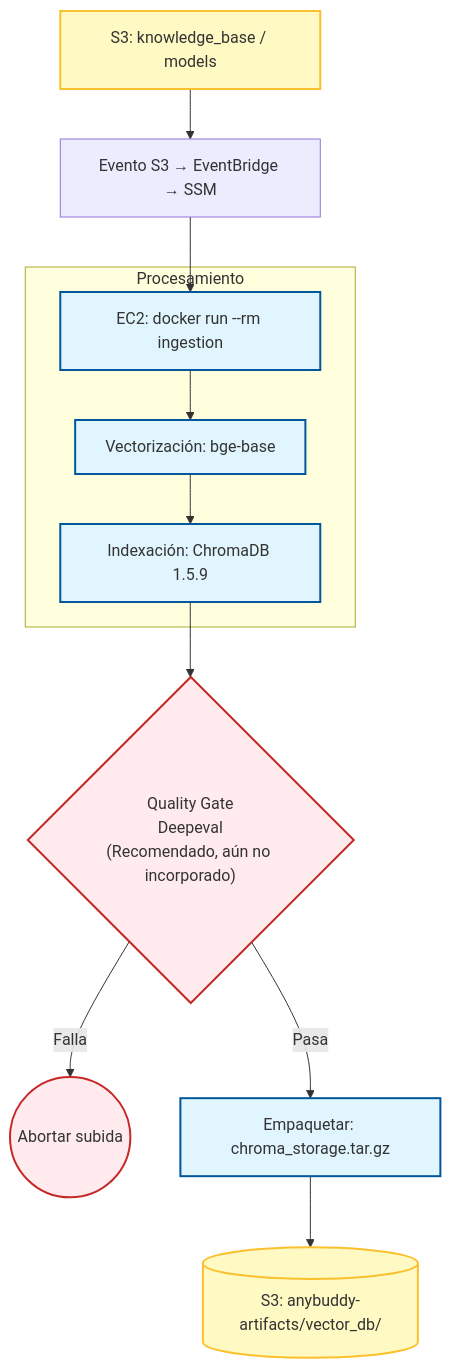
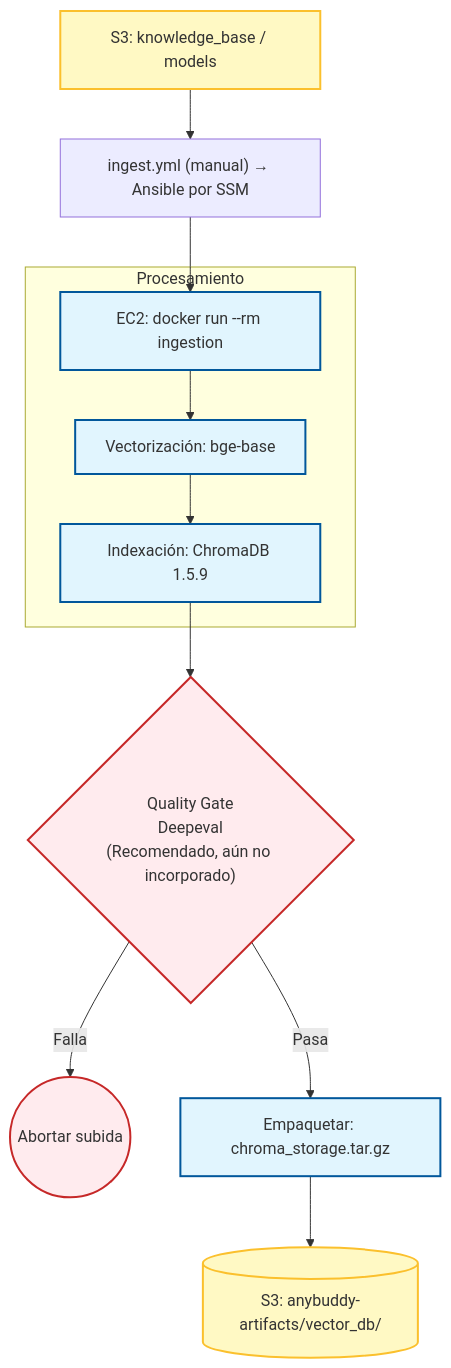
One commit to kevin-ja/anybuddy changed the fourth of 4 diagrams in ARCHITECTURE.md. Above: the diagram before and after it, drawn with Mermaid. The commit also changed other lines of this file and 32 other files, not shown here.

First line of the commit message:
Add deploy con Ansible y workflows de deploy/ingest

````diff
--- a/ARCHITECTURE.md
+++ b/ARCHITECTURE.md
@@ -289,27 +355,27 @@
 ```mermaid
 graph TD
     %% Definición de estilos
     classDef process fill:#e1f5fe,stroke:#01579b,stroke-width:2px;
     classDef storage fill:#fff9c4,stroke:#fbc02d,stroke-width:2px;
     classDef gate fill:#ffebee,stroke:#c62828,stroke-width:2px;
 
-    Source["S3: knowledge_base / models"] --> Trigger["Evento S3 → EventBridge → SSM"]
+    Source["S3: knowledge_base / models"] --> Trigger["ingest.yml (manual) → Ansible por SSM"]
     Trigger --> Runner["EC2: docker run --rm ingestion"]
 
     subgraph Procesamiento
         Runner --> B["Vectorización: bge-base"]
         B --> C["Indexación: ChromaDB 1.5.9"]
     end
 
     C --> Gate{"Quality Gate\nDeepeval\n(Recomendado, aún no incorporado)"}
 
     Gate -- Falla --> Stop(("Abortar subida"))
     Gate -- Pasa --> Pack["Empaquetar: chroma_storage.tar.gz"]
 
     Pack --> Target[("S3: anybuddy-artifacts/vector_db/")]
 
     %% Aplicar estilos
     class Runner,B,C,Pack process;
     class Source,Target storage;
     class Gate,Stop gate;
 ```
````
